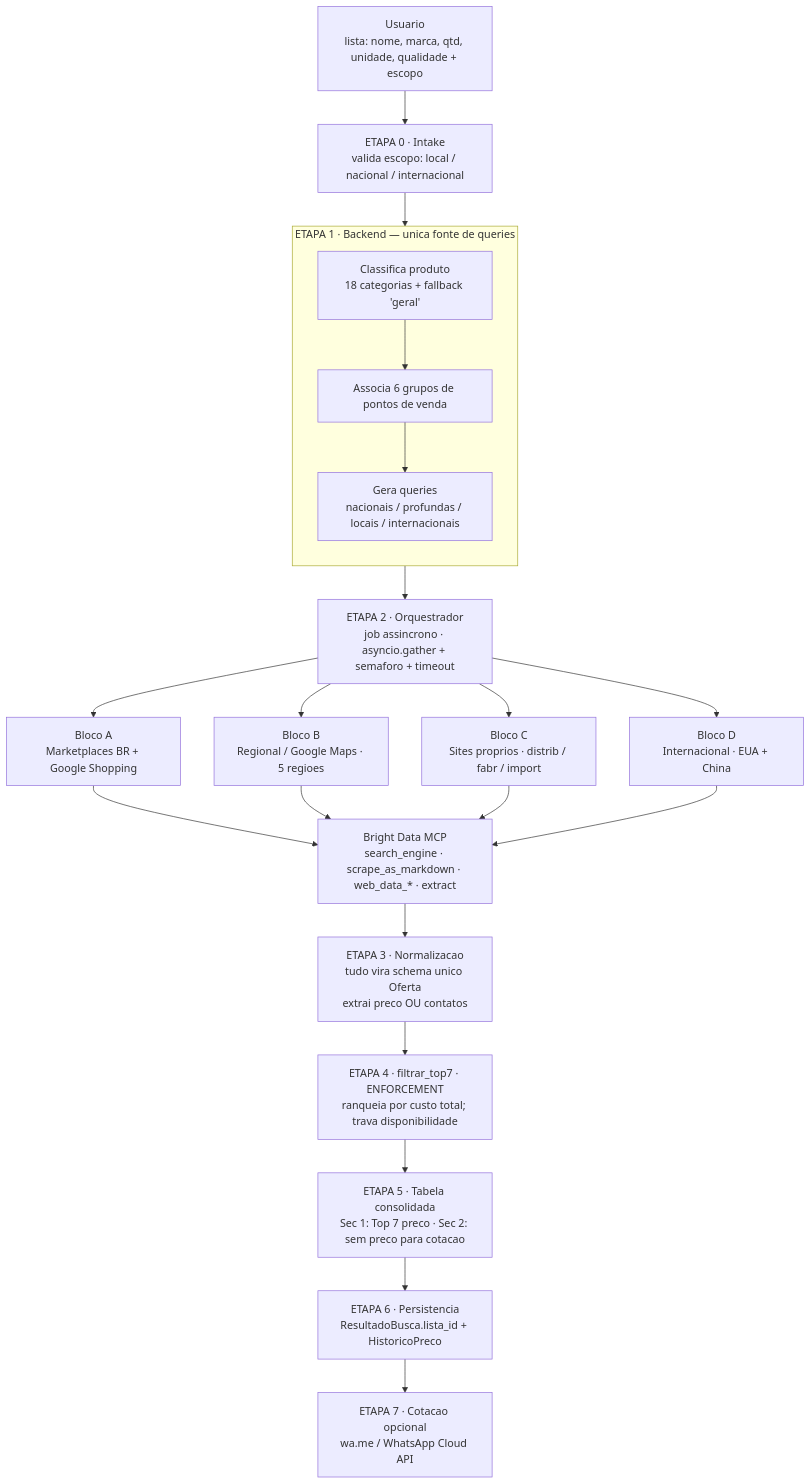
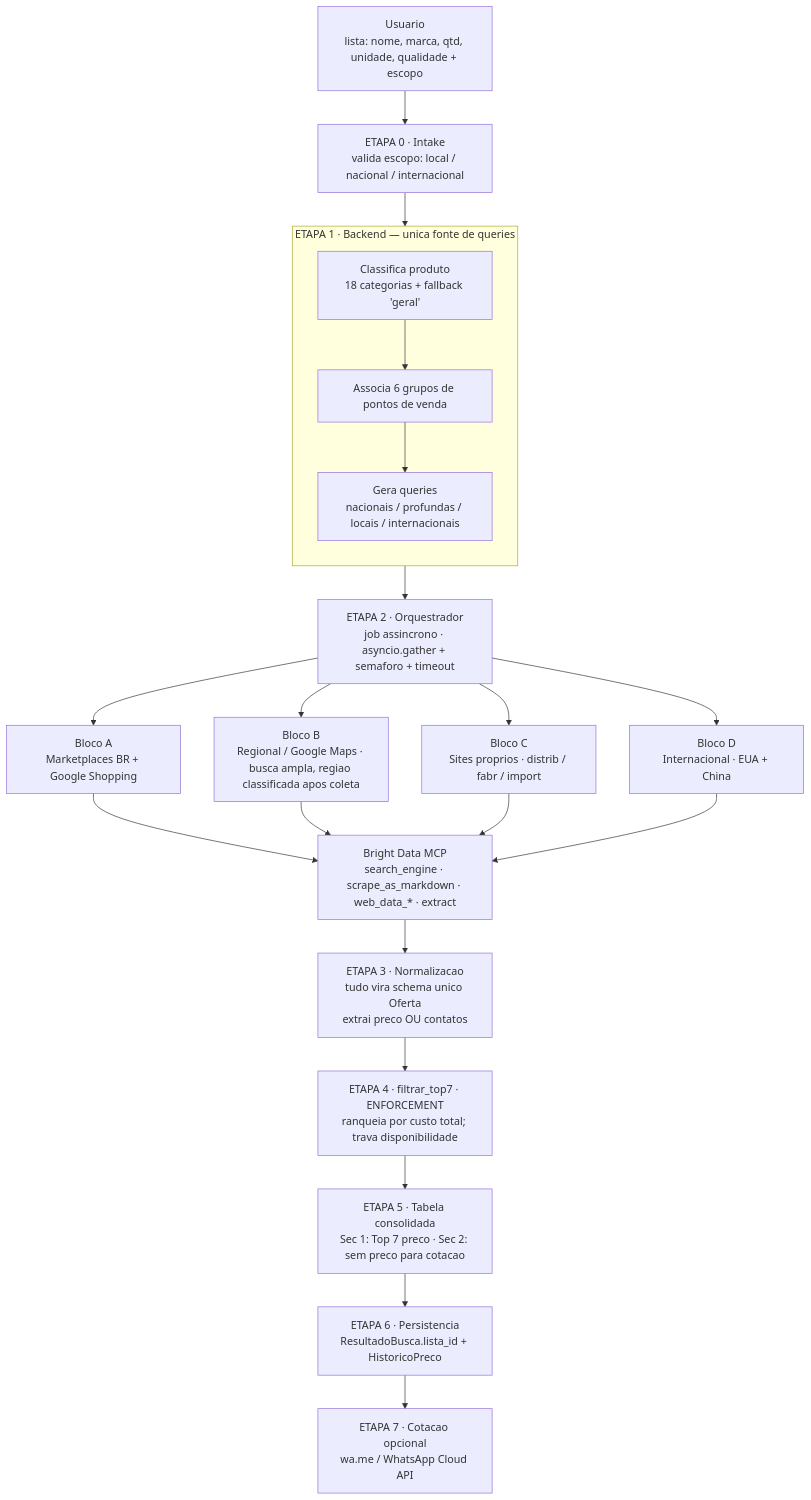
One commit to Caredu7Lakes/Efraim changed the first of 4 diagrams in docs/ARQUITETURA.md. Above: the diagram before and after it, drawn with Mermaid. The commit also changed other lines of this file and 70 other files, not shown here.

First line of the commit message:
Adiciona busca profunda multi-fonte (Google, Mercado Livre, Shopee), auth, taxonomia e correcoes de comparacao de preco

````diff
--- a/docs/ARQUITETURA.md
+++ b/docs/ARQUITETURA.md
@@ -31,31 +31,31 @@
 ```mermaid
 flowchart TD
     U["Usuario<br/>lista: nome, marca, qtd, unidade, qualidade + escopo"] --> IN["ETAPA 0 · Intake<br/>valida escopo: local / nacional / internacional"]
     IN --> BE
 
     subgraph BE["ETAPA 1 · Backend — unica fonte de queries"]
         direction TB
         B1["Classifica produto<br/>18 categorias + fallback 'geral'"]
         B2["Associa 6 grupos de pontos de venda"]
         B3["Gera queries<br/>nacionais / profundas / locais / internacionais"]
         B1 --> B2 --> B3
     end
 
     BE --> JOB["ETAPA 2 · Orquestrador<br/>job assincrono · asyncio.gather + semaforo + timeout"]
 
     JOB --> A["Bloco A<br/>Marketplaces BR + Google Shopping"]
-    JOB --> B["Bloco B<br/>Regional / Google Maps · 5 regioes"]
+    JOB --> B["Bloco B<br/>Regional / Google Maps · busca ampla, regiao classificada apos coleta"]
     JOB --> C["Bloco C<br/>Sites proprios · distrib / fabr / import"]
     JOB --> D["Bloco D<br/>Internacional · EUA + China"]
 
     A --> MCP["Bright Data MCP<br/>search_engine · scrape_as_markdown · web_data_* · extract"]
     B --> MCP
     C --> MCP
     D --> MCP
 
     MCP --> NORM["ETAPA 3 · Normalizacao<br/>tudo vira schema unico Oferta<br/>extrai preco OU contatos"]
     NORM --> FILT["ETAPA 4 · filtrar_top7 · ENFORCEMENT<br/>ranqueia por custo total; trava disponibilidade"]
     FILT --> TAB["ETAPA 5 · Tabela consolidada<br/>Sec 1: Top 7 preco · Sec 2: sem preco para cotacao"]
     TAB --> PERS["ETAPA 6 · Persistencia<br/>ResultadoBusca.lista_id + HistoricoPreco"]
     PERS --> COT["ETAPA 7 · Cotacao opcional<br/>wa.me / WhatsApp Cloud API"]
 ```
````
